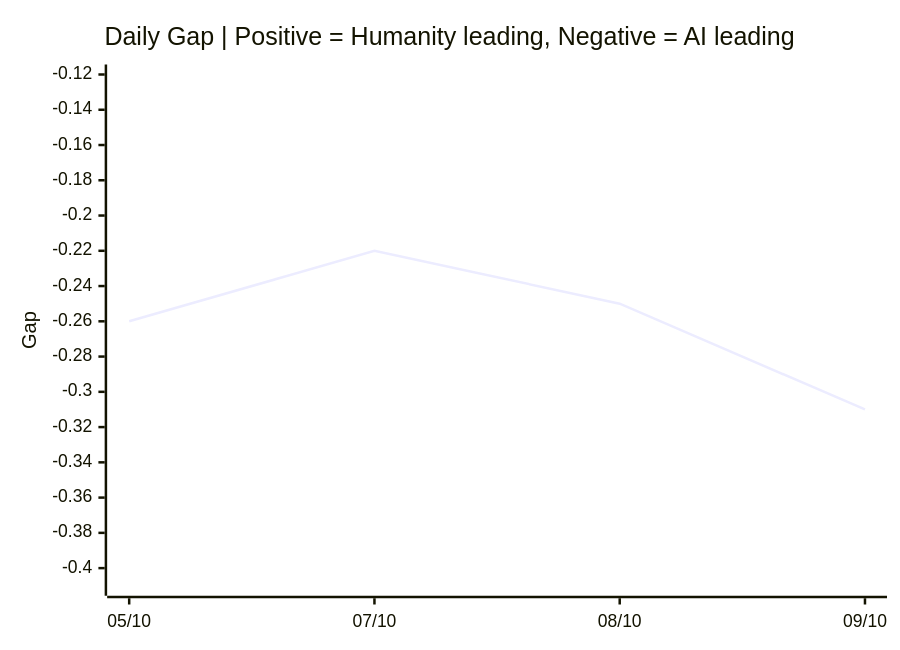
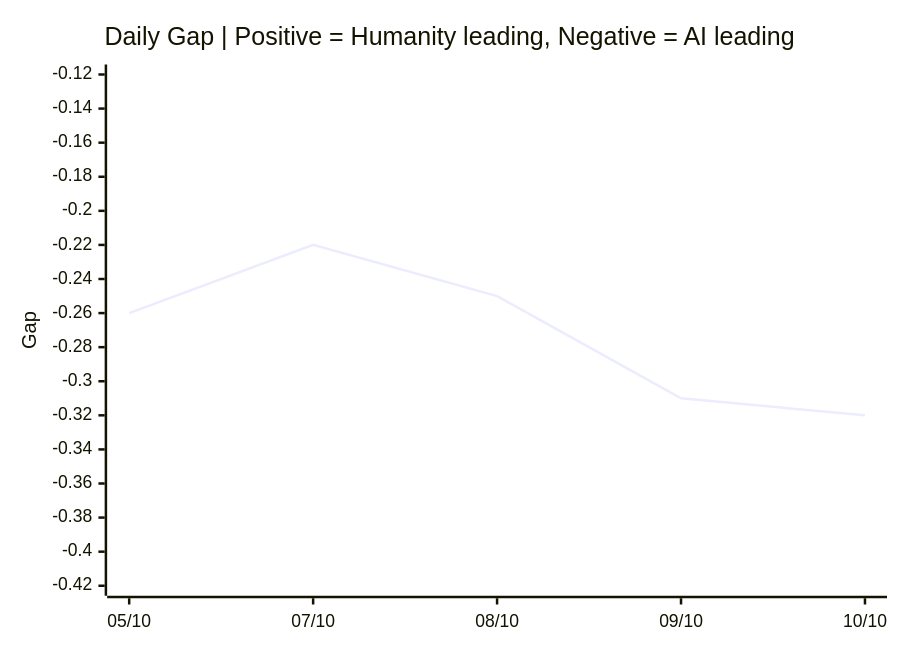
Before and after one commit to VQQLK/Human-AI-Monitor: the third of 3 diagrams in README.md, drawn with Mermaid. The commit also changed other lines of this file and 5 other files, not shown here.

````diff
--- a/README.md
+++ b/README.md
@@ -54,7 +54,7 @@
 ```mermaid
 xychart-beta
     title "Daily Gap | Positive = Humanity leading, Negative = AI leading"
-    x-axis ["05/10", "07/10", "08/10", "09/10"]
-    y-axis "Gap" -0.41 --> -0.12
-    line [-0.26, -0.22, -0.25, -0.31]
+    x-axis ["05/10", "07/10", "08/10", "09/10", "10/10"]
+    y-axis "Gap" -0.42 --> -0.12
+    line [-0.26, -0.22, -0.25, -0.31, -0.32]
 ```
````
